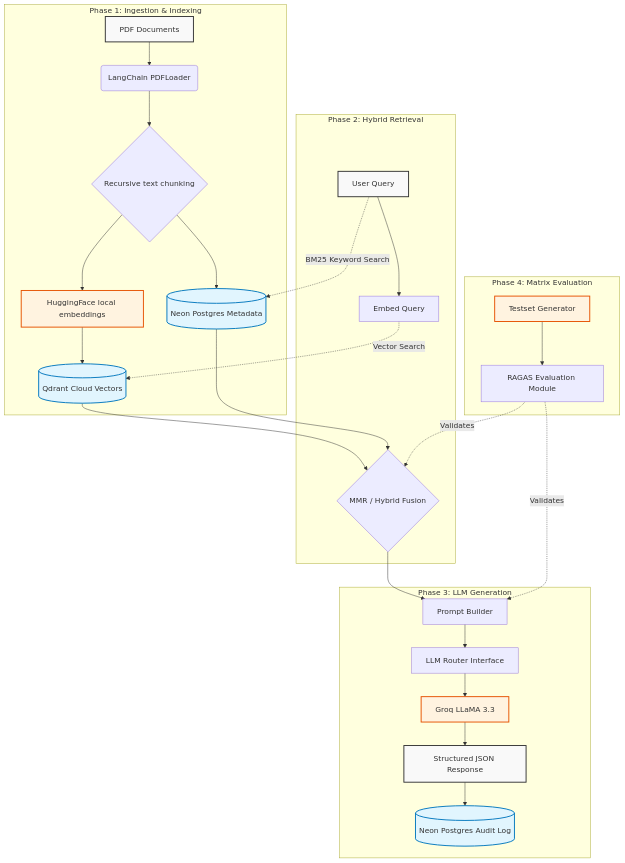
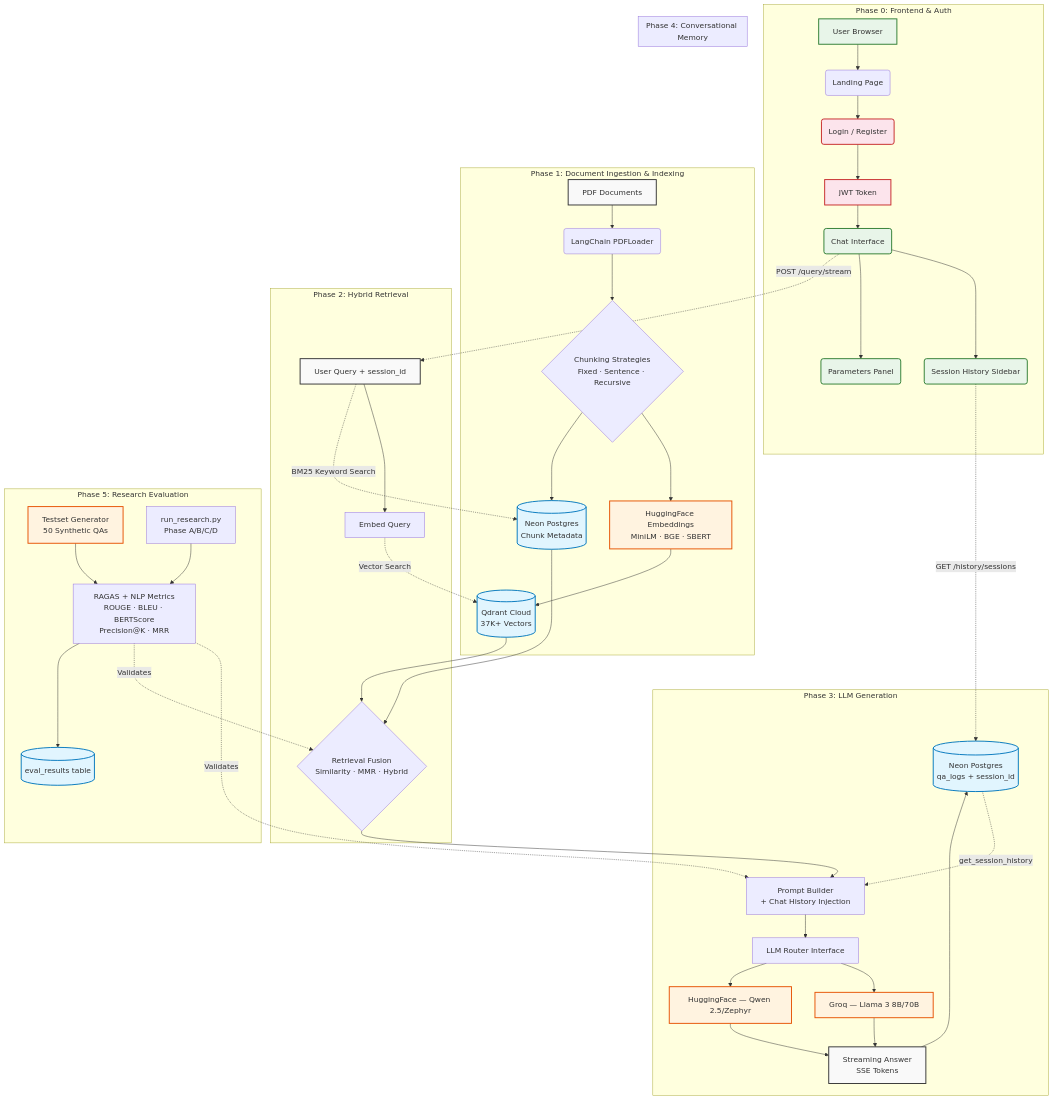
One commit to sujalkamble007/OceanRag changed the diagram in README.md. Above: the diagram before and after it, drawn with Mermaid. The commit also changed other lines of this file and 38 other files, not shown here.

Commit message:
feat: Add session management to queries, implement sentence chunking, introduce evaluation result pages, and enhance frontend UI with animations.

````diff
--- a/README.md
+++ b/README.md
@@ -182,40 +94,63 @@
 ```mermaid
 graph TD
     classDef main fill:#f9f9f9,stroke:#333,stroke-width:2px;
     classDef db fill:#e1f5fe,stroke:#0277bd,stroke-width:2px;
     classDef ext fill:#fff3e0,stroke:#e65100,stroke-width:2px;
-    
-    subgraph "Phase 1: Ingestion & Indexing"
+    classDef ui fill:#e8f5e9,stroke:#2e7d32,stroke-width:2px;
+    classDef auth fill:#fce4ec,stroke:#c62828,stroke-width:2px;
+
+    subgraph "Phase 0: Frontend & Auth"
+        U[User Browser] --> LAND(Landing Page)
+        LAND --> LOGIN(Login / Register)
+        LOGIN --> JWT[JWT Token]
+        JWT --> CHAT(Chat Interface)
+        CHAT --> SIDEBAR(Session History Sidebar)
+        CHAT --> PARAMS(Parameters Panel)
+    end
+
+    subgraph "Phase 1: Document Ingestion & Indexing"
         A[PDF Documents] --> B(LangChain PDFLoader)
-        B --> C{Recursive text chunking}
-        C --> D[HuggingFace local embeddings]
-        D --> E[(Qdrant Cloud Vectors)]
-        C --> F[(Neon Postgres Metadata)]
+        B --> C{Chunking Strategies\nFixed · Sentence · Recursive}
+        C --> D[HuggingFace Embeddings\nMiniLM · BGE · SBERT]
+        D --> E[(Qdrant Cloud\n37K+ Vectors)]
+        C --> F[(Neon Postgres\nChunk Metadata)]
     end
-    
+
     subgraph "Phase 2: Hybrid Retrieval"
-        G[User Query] --> H[Embed Query]
+        G[User Query + session_id] --> H[Embed Query]
         H -. Vector Search .-> E
         G -. BM25 Keyword Search .-> F
-        E --> I{MMR / Hybrid Fusion}
+        E --> I{Retrieval Fusion\nSimilarity · MMR · Hybrid}
         F --> I
     end
-    
+
     subgraph "Phase 3: LLM Generation"
-        I --> J[Prompt Builder]
+        I --> J[Prompt Builder\n+ Chat History Injection]
         J --> K[LLM Router Interface]
-        K --> L[Groq LLaMA 3.3]
-        L --> M[Structured JSON Response]
-        M --> N[(Neon Postgres Audit Log)]
+        K --> L1[Groq — Llama 3 8B/70B]
+        K --> L2[HuggingFace — Qwen 2.5/Zephyr]
+        L1 --> M[Streaming Answer\nSSE Tokens]
+        L2 --> M
+        M --> N[(Neon Postgres\nqa_logs + session_id)]
     end
-    
-    subgraph "Phase 4: Matrix Evaluation"
-        O[RAGAS Evaluation Module] -. Validates .-> J
+
+    subgraph "Phase 4: Conversational Memory"
+        N -. get_session_history .-> J
+        SIDEBAR -. GET /history/sessions .-> N
+        CHAT -. POST /query/stream .-> G
+    end
+
+    subgraph "Phase 5: Research Evaluation"
+        O[RAGAS + NLP Metrics\nROUGE · BLEU · BERTScore\nPrecision@K · MRR] -. Validates .-> J
         O -. Validates .-> I
-        P[Testset Generator] --> O
+        P[Testset Generator\n50 Synthetic QAs] --> O
+        Q[run_research.py\nPhase A/B/C/D] --> O
+        O --> R[(eval_results table)]
     end
-    
+
     class A,G,M main;
-    class E,F,N db;
-    class L,D,P ext;
+    class E,F,N,R db;
+    class L1,L2,D,P ext;
+    class U,CHAT,SIDEBAR,PARAMS ui;
+    class JWT,LOGIN auth;
 ```
````
